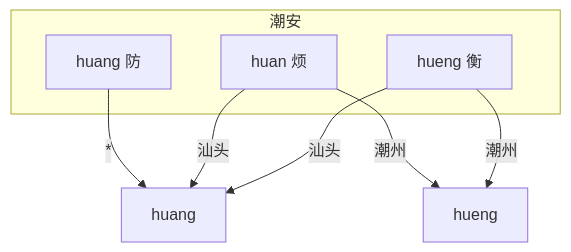
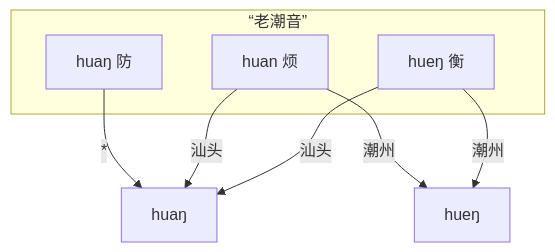
One commit to pujdict/pujdict changed the first of 2 diagrams in src/doc/puj.md. Above: the diagram before and after it, drawn with Mermaid. The commit also changed other lines of this file and 8 other files, not shown here.

````diff
--- a/src/doc/puj.md
+++ b/src/doc/puj.md
@@ -23,13 +32,13 @@
 ```mermaid
 flowchart
-    subgraph 潮安
-        hueng0["hueng 衡"];
+    subgraph "“老潮音”"
+        hueng0["hueŋ 衡"];
         huan0["huan 烦"];
-        huang0["huang 防"];
+        huang0["huaŋ 防"];
     end
-    huang1[huang]
-    hueng1[hueng]
+    huang1[huaŋ]
+    hueng1[hueŋ]
     hueng0 -->|汕头| huang1; hueng0 -->|潮州| hueng1;
     huan0 -->|汕头| huang1; huan0 -->|潮州| hueng1;
     huang0 -->|*| huang1;
 ```
````
